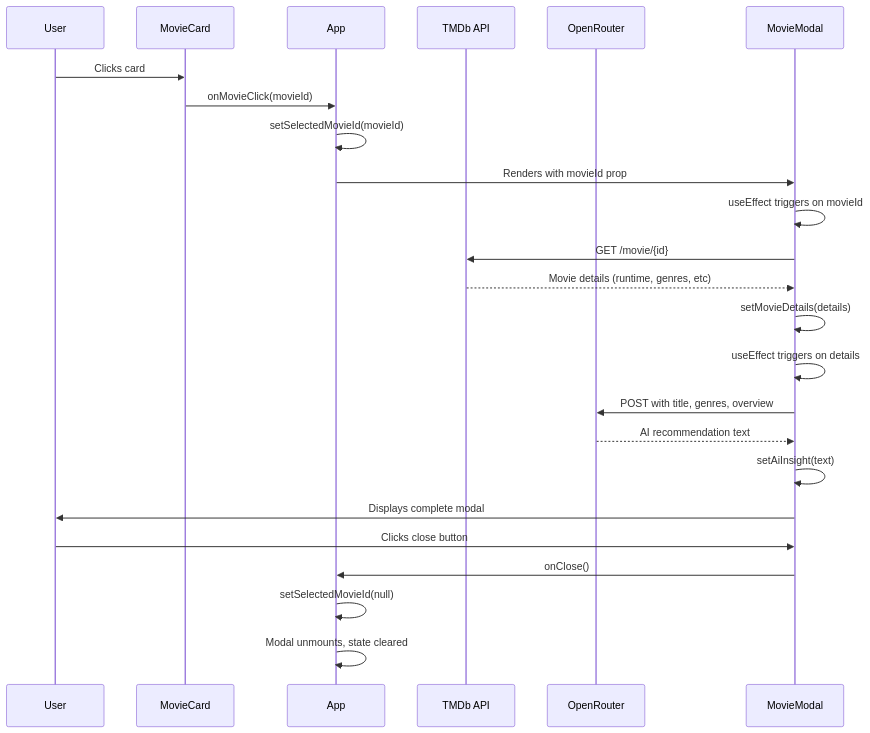
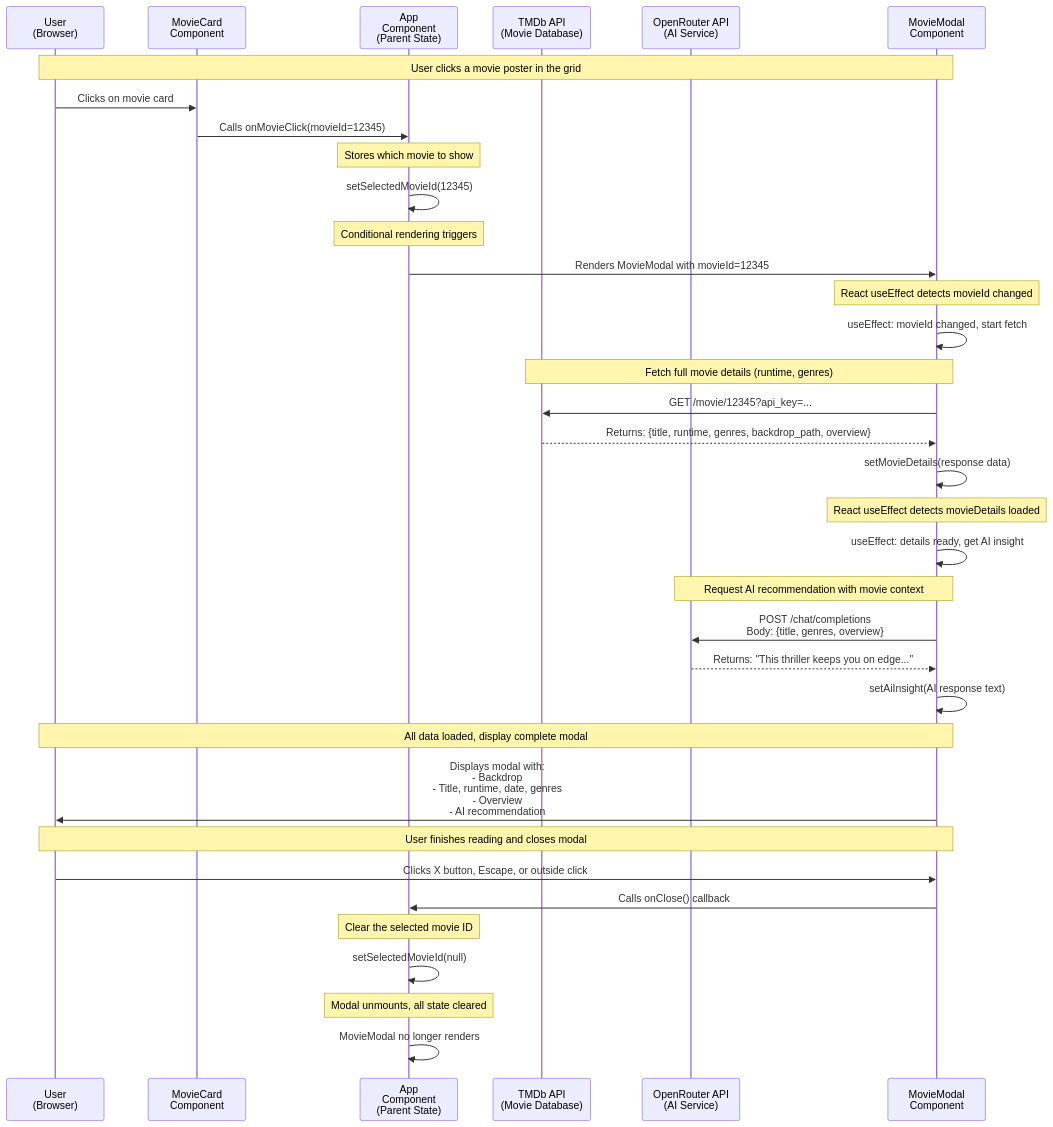
The second of 2 diagrams in DESIGN_DOC.md (semir-ali/flixster-starter), drawn with Mermaid before and after one commit. The commit also changed other lines of this file, not shown here.

Commit message:
updated design documents

````diff
--- a/DESIGN_DOC.md
+++ b/DESIGN_DOC.md
@@ -86,31 +86,42 @@
 ```mermaid
 sequenceDiagram
-    participant User
-    participant MovieCard
-    participant App
-    participant TMDb API
-    participant OpenRouter
-    participant MovieModal
+    participant User as User<br/>(Browser)
+    participant MovieCard as MovieCard<br/>Component
+    participant App as App<br/>Component<br/>(Parent State)
+    participant TMDb as TMDb API<br/>(Movie Database)
+    participant OpenRouter as OpenRouter API<br/>(AI Service)
+    participant MovieModal as MovieModal<br/>Component
 
-    User->>MovieCard: Clicks card
-    MovieCard->>App: onMovieClick(movieId)
-    App->>App: setSelectedMovieId(movieId)
-    App->>MovieModal: Renders with movieId prop
+    Note over User,MovieModal: User clicks a movie poster in the grid
+    User->>MovieCard: Clicks on movie card
+    MovieCard->>App: Calls onMovieClick(movieId=12345)
+    Note over App: Stores which movie to show
+    App->>App: setSelectedMovieId(12345)
+    Note over App: Conditional rendering triggers
+    App->>MovieModal: Renders MovieModal with movieId=12345
     
-    MovieModal->>MovieModal: useEffect triggers on movieId
-    MovieModal->>TMDb API: GET /movie/{id}
-    TMDb API-->>MovieModal: Movie details (runtime, genres, etc)
-    MovieModal->>MovieModal: setMovieDetails(details)
+    Note over MovieModal: React useEffect detects movieId changed
+    MovieModal->>MovieModal: useEffect: movieId changed, start fetch
+    Note over MovieModal,TMDb: Fetch full movie details (runtime, genres)
+    MovieModal->>TMDb: GET /movie/12345?api_key=...
+    TMDb-->>MovieModal: Returns: {title, runtime, genres, backdrop_path, overview}
+    MovieModal->>MovieModal: setMovieDetails(response data)
     
-    MovieModal->>MovieModal: useEffect triggers on details
-    MovieModal->>OpenRouter: POST with title, genres, overview
-    OpenRouter-->>MovieModal: AI recommendation text
-    MovieModal->>MovieModal: setAiInsight(text)
+    Note over MovieModal: React useEffect detects movieDetails loaded
+    MovieModal->>MovieModal: useEffect: details ready, get AI insight
+    Note over MovieModal,OpenRouter: Request AI recommendation with movie context
+    MovieModal->>OpenRouter: POST /chat/completions<br/>Body: {title, genres, overview}
+    OpenRouter-->>MovieModal: Returns: "This thriller keeps you on edge..."
+    MovieModal->>MovieModal: setAiInsight(AI response text)
     
-    MovieModal->>User: Displays complete modal
+    Note over MovieModal,User: All data loaded, display complete modal
+    MovieModal->>User: Displays modal with:<br/>- Backdrop<br/>- Title, runtime, date, genres<br/>- Overview<br/>- AI recommendation
     
-    User->>MovieModal: Clicks close button
-    MovieModal->>App: onClose()
+    Note over User,MovieModal: User finishes reading and closes modal
+    User->>MovieModal: Clicks X button, Escape, or outside click
+    MovieModal->>App: Calls onClose() callback
+    Note over App: Clear the selected movie ID
     App->>App: setSelectedMovieId(null)
-    App->>App: Modal unmounts, state cleared
+    Note over App: Modal unmounts, all state cleared
+    App->>App: MovieModal no longer renders
 ```
````
